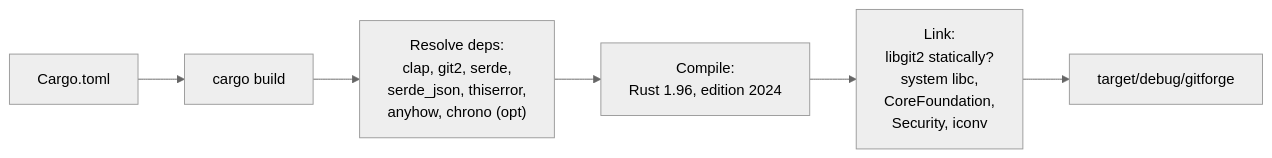
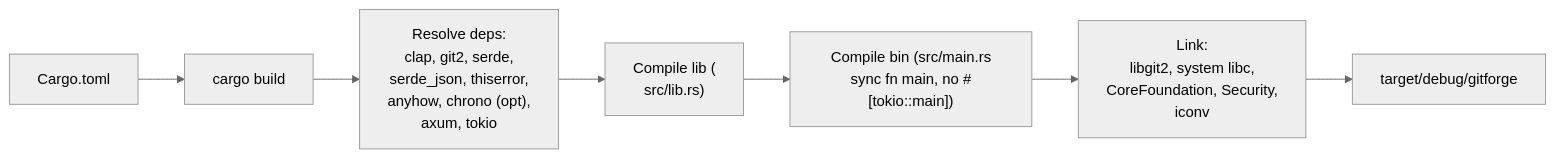
The seventh of 9 diagrams in DEV_IN_DEPTH.md (pritam12426/gitforge), drawn with Mermaid (neutral theme) before and after one commit. The commit also changed other lines of this file and 46 other files, not shown here.

````diff
--- a/DEV_IN_DEPTH.md
+++ b/DEV_IN_DEPTH.md
@@ -509,8 +847,9 @@
 ```mermaid
 flowchart LR
     A["Cargo.toml"] --> B["cargo build"]
-    B --> C["Resolve deps:<br/>clap, git2, serde,<br/>serde_json, thiserror,<br/>anyhow, chrono (opt)"]
-    C --> D["Compile:<br/>Rust 1.96, edition 2024"]
-    D --> E["Link:<br/>libgit2 statically?<br/>system libc,<br/>CoreFoundation,<br/>Security, iconv"]
-    E --> F["target/debug/gitforge"]
+    B --> C["Resolve deps:<br/>clap, git2, serde,<br/>serde_json, thiserror,<br/>anyhow, chrono (opt),<br/>axum, tokio"]
+    C --> D["Compile lib (<br/>src/lib.rs)"]
+    D --> E["Compile bin (src/main.rs<br/>sync fn main, no #[tokio::main])"]
+    E --> F["Link:<br/>libgit2, system libc,<br/>CoreFoundation, Security,<br/>iconv"]
+    F --> G["target/debug/gitforge"]
 ```
````
